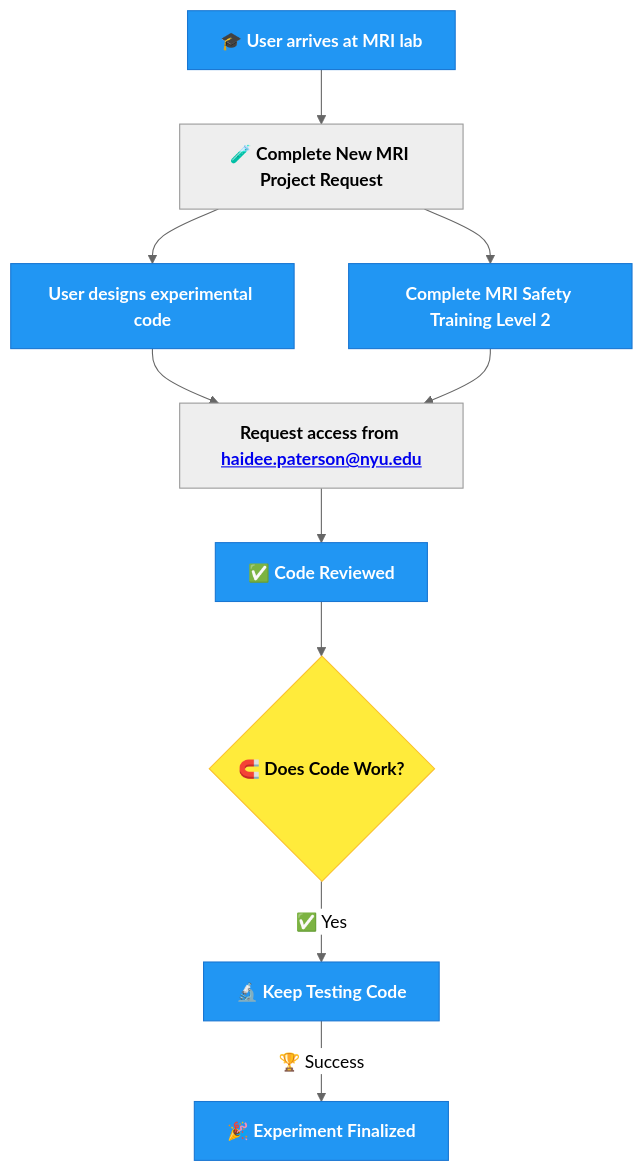
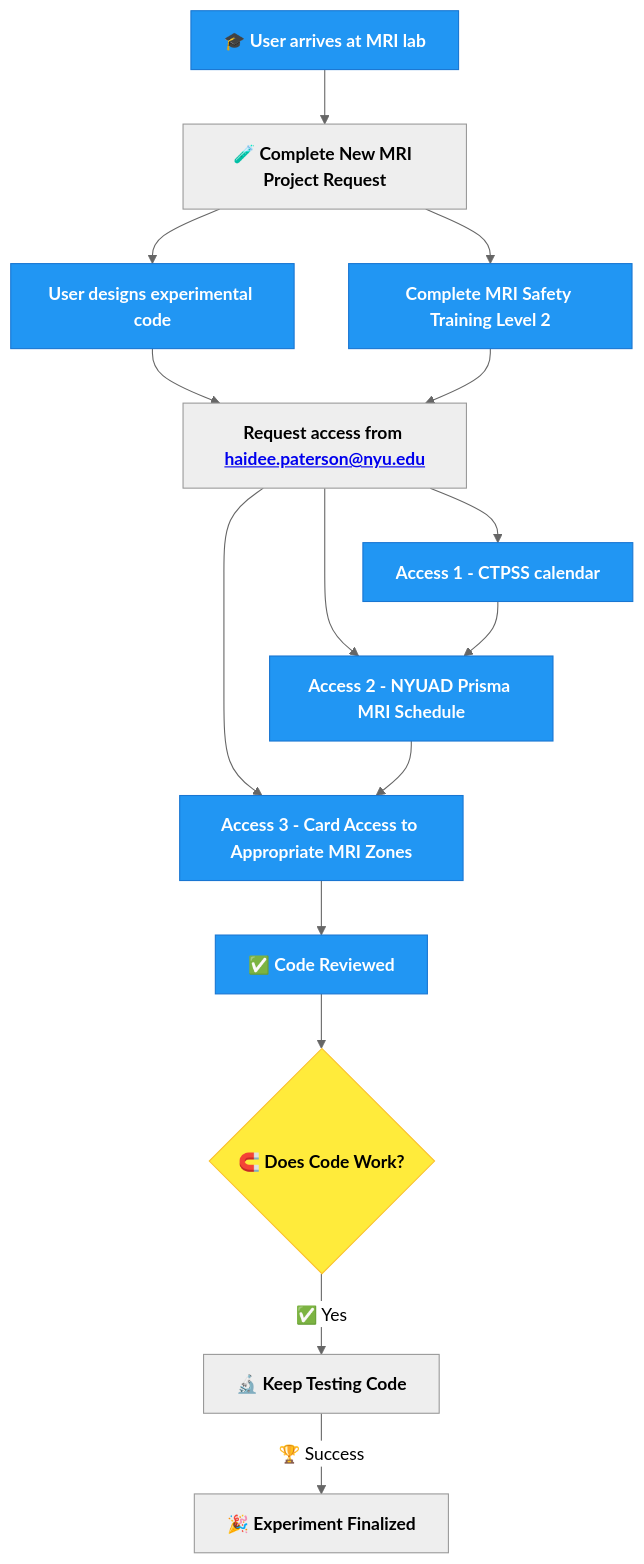
One commit to BioMedicalImaging-Core-NYUAD/brainimaging-lab-documentation changed the diagram in docs/source/1-lab_overview/3-process_diagram.rst. Above: the diagram before and after it, drawn with Mermaid (neutral theme).

Commit message:
added link

```diff
--- a/docs/source/1-lab_overview/3-process_diagram.rst
+++ b/docs/source/1-lab_overview/3-process_diagram.rst
@@ -5,26 +5,31 @@
 .. mermaid::
 
   graph TD;
     A[🎓 <b>User arrives at MRI lab</b>] --> B[🧪 <b>Complete New MRI Project Request</b>];
     B --> C[<b>User designs experimental code</b>];
     B --> D[<b>Complete MRI Safety Training Level 2</b>];
     C --> E[<b>Request access from <a href="mailto:haidee.paterson@nyu.edu">haidee.paterson@nyu.edu</a></b>];
     D --> E;
-    E --> F[✅ <b>Code Reviewed</b>];
-    F --> G{🧲️ <b>Does Code Work?</b>};
-    G --✅ Yes --> H[🔬 <b>Keep Testing Code</b>];
-    H -->|🏆 Success| I[🎉 <b>Experiment Finalized</b>];
+    E --> F[<b>Access 1 - CTPSS calendar</b>];
+    E --> G[<b>Access 2 - NYUAD Prisma MRI Schedule</b>];
+    E --> H[<b>Access 3 - Card Access to Appropriate MRI Zones</b>];
+    F --> G;
+    G --> H;
+    H --> I[✅ <b>Code Reviewed</b>];
+    I --> J{🧲️ <b>Does Code Work?</b>};
+    J --✅ Yes --> K[🔬 <b>Keep Testing Code</b>];
+    K -->|🏆 Success| L[🎉 <b>Experiment Finalized</b>];
 
     %% Clickable Nodes
     click B "https://drive.google.com/file/d/10Py1KSAsktpCjU6c3lLuWLqVL2a5ofee/view?usp=drive_link"
     click D "https://app.imagingu.com/courses/personnel-group-ii-yearly"
     click E "mailto:haidee.paterson@nyu.edu" "Email haidee.paterson@nyu.edu"
 
     %% Style Definitions
     classDef success fill:#4CAF50,stroke:#2E7D32,color:#fff;
     classDef decision fill:#FFEB3B,stroke:#FBC02D,color:#000;
     classDef process fill:#2196F3,stroke:#1976D2,color:#fff;
     classDef warning fill:#FF5722,stroke:#E64A19,color:#fff;
 
-    class A,C,D,F,H,I process;
-    class G decision;
+    class A,C,D,F,G,H,I process;
+    class J decision;
```
